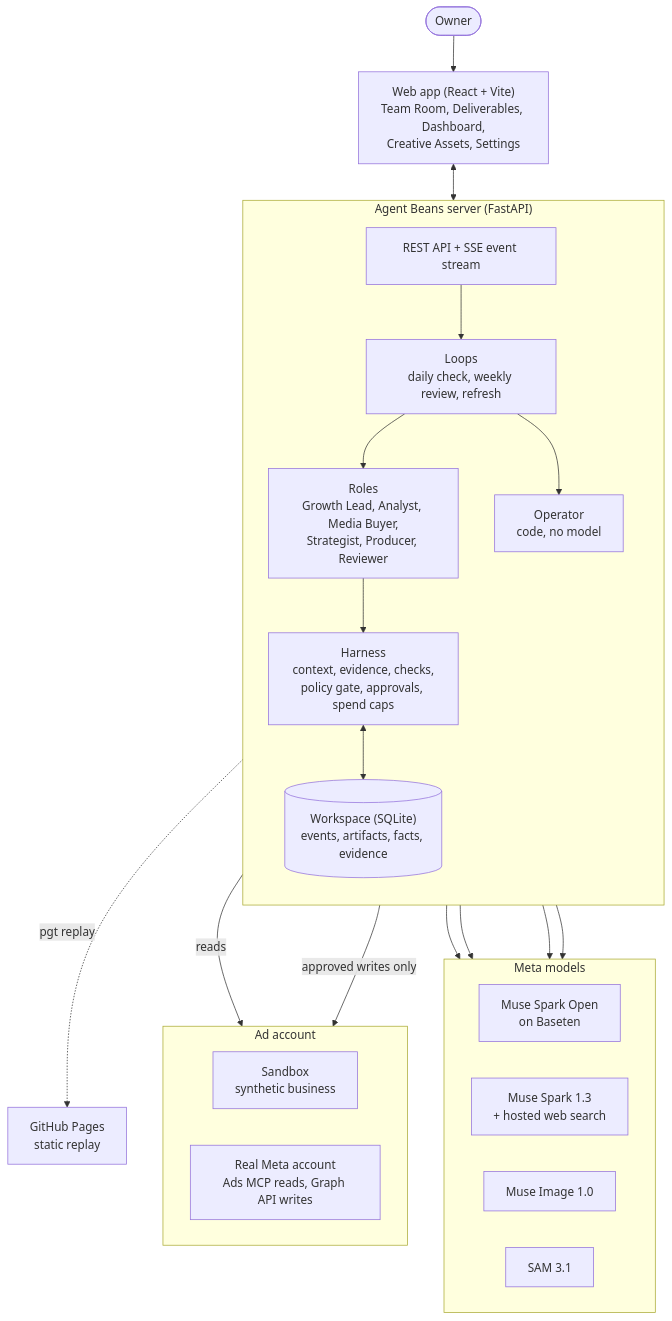
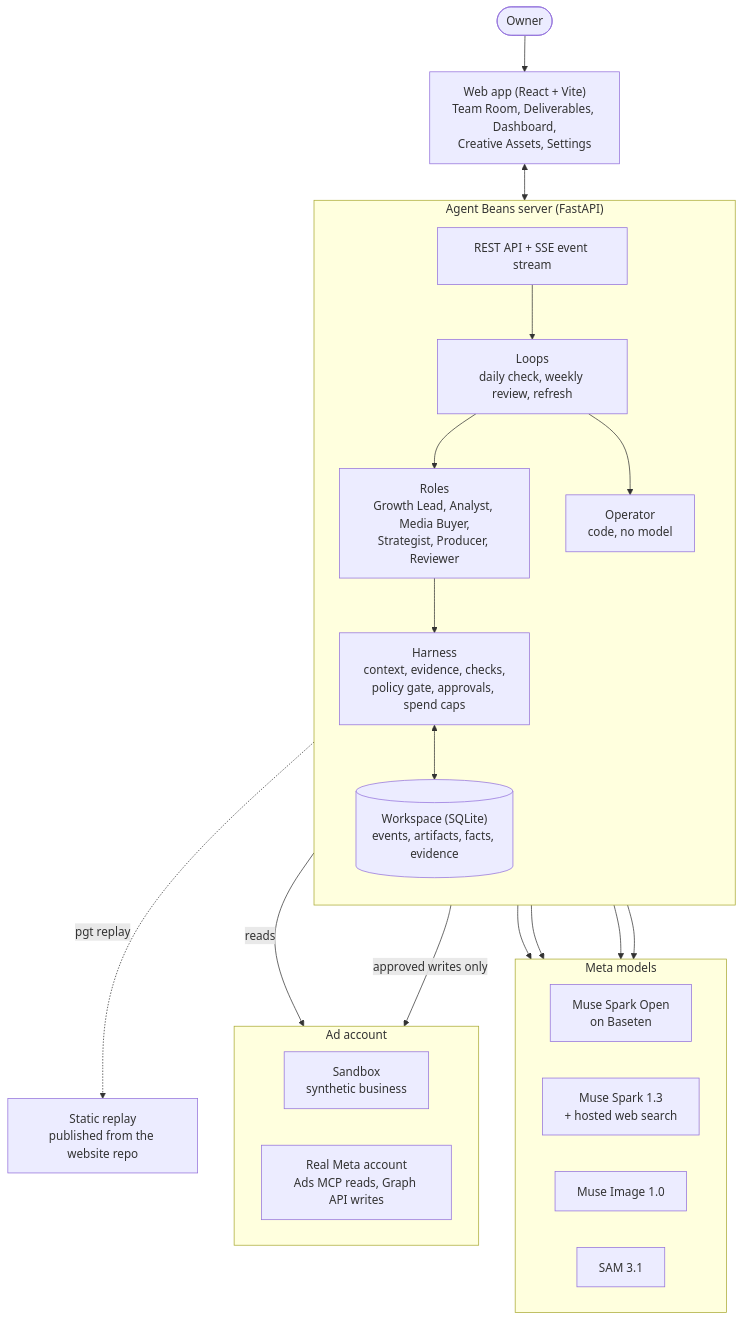
One commit to Jieyi-Deng/agent-beans changed the first of 8 diagrams in docs/architecture.md. Above: the diagram before and after it, drawn with Mermaid. The commit also changed other lines of this file and 282 other files, not shown here.

````diff
--- a/docs/architecture.md
+++ b/docs/architecture.md
@@ -14,34 +14,34 @@
 ```mermaid
 flowchart TB
     owner(["Owner"]) --> web["Web app (React + Vite)<br/>Team Room, Deliverables, Dashboard,<br/>Creative Assets, Settings"]
     web <--> api
 
     subgraph server["Agent Beans server (FastAPI)"]
         direction TB
         api["REST API + SSE event stream"] --> loops["Loops<br/>daily check, weekly review, refresh"]
         loops --> roles["Roles<br/>Growth Lead, Analyst, Media Buyer,<br/>Strategist, Producer, Reviewer"]
         roles --> harness["Harness<br/>context, evidence, checks,<br/>policy gate, approvals, spend caps"]
         harness <--> ws[("Workspace (SQLite)<br/>events, artifacts, facts, evidence")]
         loops --> operator["Operator<br/>code, no model"]
     end
 
     subgraph models["Meta models"]
         direction LR
         open["Muse Spark Open<br/>on Baseten"]
         spark["Muse Spark 1.3<br/>+ hosted web search"]
         image["Muse Image 1.0"]
         sam["SAM 3.1"]
     end
 
     subgraph account["Ad account"]
         direction LR
         sandbox["Sandbox<br/>synthetic business"]
         real["Real Meta account<br/>Ads MCP reads, Graph API writes"]
     end
 
     harness --> open & spark
     loops --> image & sam
     loops -->|"reads"| account
     operator -->|"approved writes only"| account
-    api -.->|"pgt replay"| pages["GitHub Pages<br/>static replay"]
+    api -.->|"pgt replay"| pages["Static replay<br/>published from the website repo"]
 ```
````
